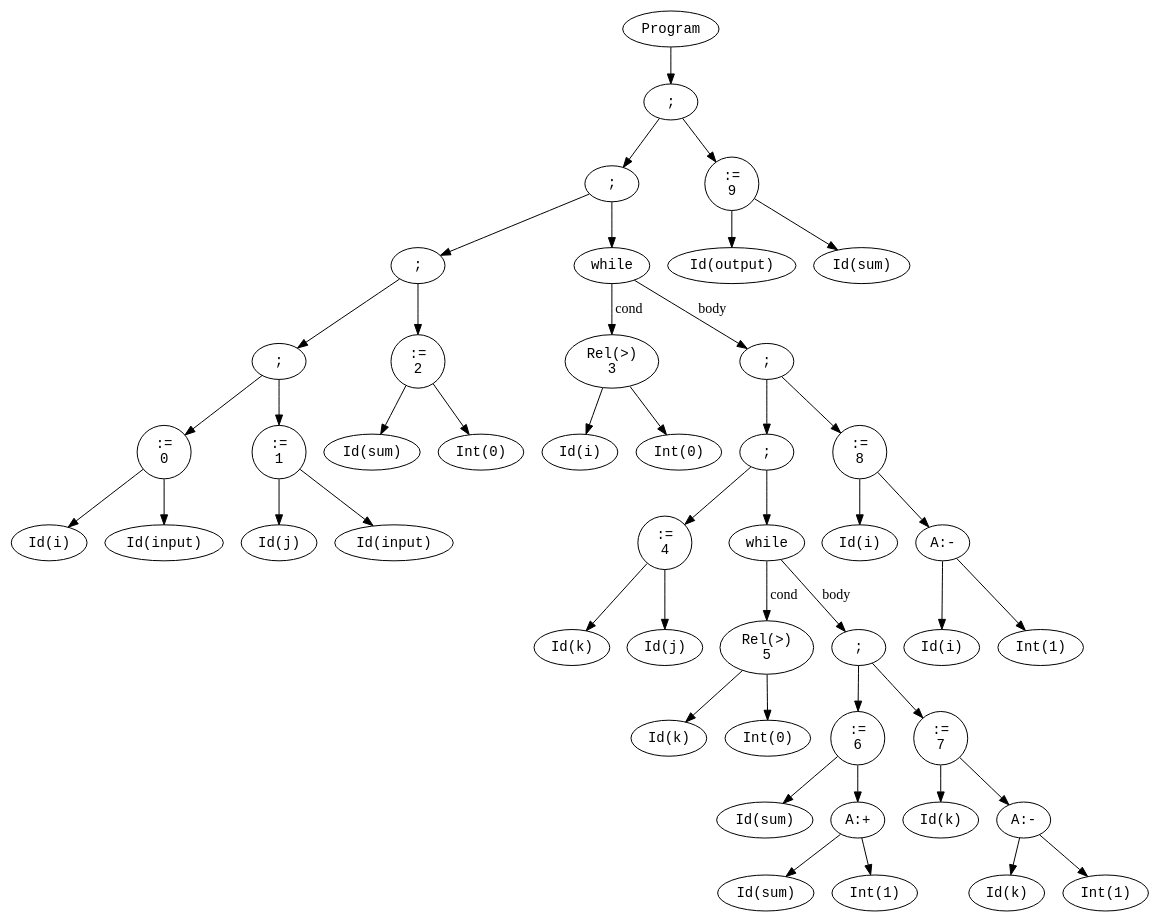
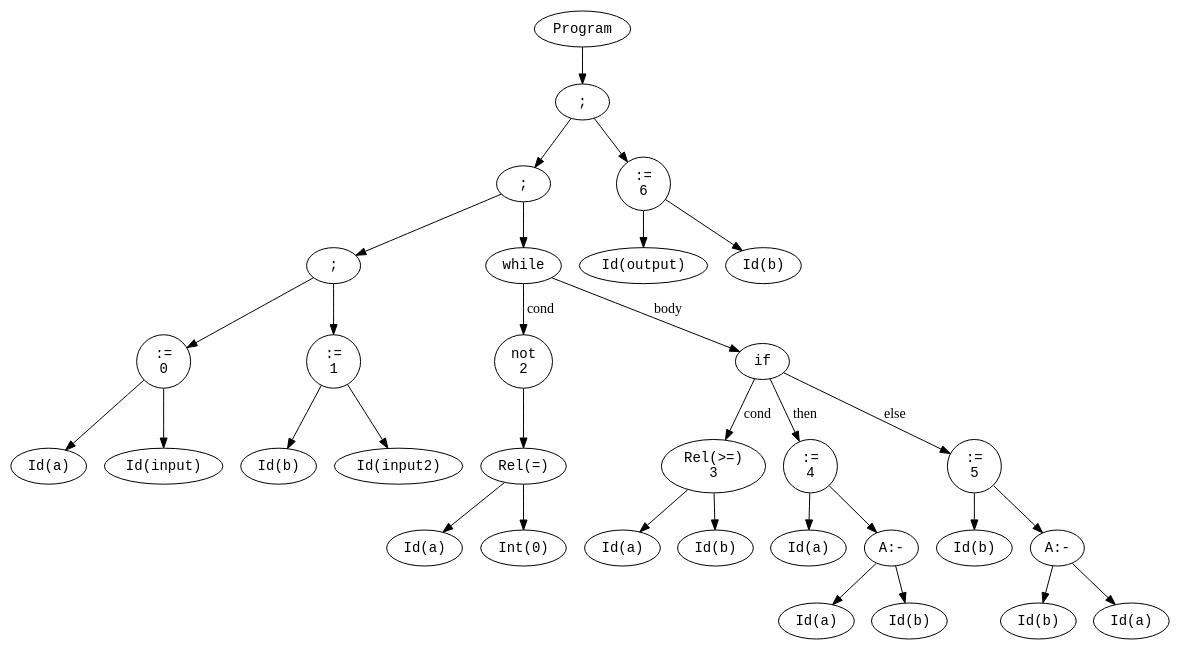
One commit to CatchSyntaxTerror/Terminators changed the diagram in project2/src/dotfiles/ast.dot. Above: the diagram before and after it, drawn with Graphviz. The commit also changed 10 other files, not shown here.

```diff
--- a/project2/src/dotfiles/ast.dot
+++ b/project2/src/dotfiles/ast.dot
@@ -1,94 +1,66 @@
 digraph AST {
   node [shape=ellipse, fontname="Courier"];
   n1 [label="Program"];
   n2 [label=";"];
   n3 [label=";"];
   n4 [label=";"];
-  n5 [label=";"];
-  n6 [label=":=\n0"];
-  n7 [label="Id(i)"];
-  n8 [label="Id(input)"];
-  n6 -> n7;
-  n6 -> n8;
-  n9 [label=":=\n1"];
-  n10 [label="Id(j)"];
-  n11 [label="Id(input)"];
-  n9 -> n10;
-  n9 -> n11;
+  n5 [label=":=\n0"];
+  n6 [label="Id(a)"];
+  n7 [label="Id(input)"];
   n5 -> n6;
-  n5 -> n9;
-  n12 [label=":=\n2"];
-  n13 [label="Id(sum)"];
-  n14 [label="Int(0)"];
+  n5 -> n7;
+  n8 [label=":=\n1"];
+  n9 [label="Id(b)"];
+  n10 [label="Id(input2)"];
+  n8 -> n9;
+  n8 -> n10;
+  n4 -> n5;
+  n4 -> n8;
+  n11 [label="while"];
+  n12 [label="not\n2"];
+  n13 [label="Rel(=)"];
+  n14 [label="Id(a)"];
+  n15 [label="Int(0)"];
+  n13 -> n14;
+  n13 -> n15;
   n12 -> n13;
-  n12 -> n14;
-  n4 -> n5;
-  n4 -> n12;
-  n15 [label="while"];
-  n16 [label="Rel(>)\n3"];
-  n17 [label="Id(i)"];
-  n18 [label="Int(0)"];
-  n16 -> n17;
-  n16 -> n18;
-  n19 [label=";"];
-  n20 [label=";"];
-  n21 [label=":=\n4"];
-  n22 [label="Id(k)"];
-  n23 [label="Id(j)"];
-  n21 -> n22;
-  n21 -> n23;
-  n24 [label="while"];
-  n25 [label="Rel(>)\n5"];
-  n26 [label="Id(k)"];
-  n27 [label="Int(0)"];
+  n16 [label="if"];
+  n17 [label="Rel(>=)\n3"];
+  n18 [label="Id(a)"];
+  n19 [label="Id(b)"];
+  n17 -> n18;
+  n17 -> n19;
+  n20 [label=":=\n4"];
+  n21 [label="Id(a)"];
+  n22 [label="A:-"];
+  n23 [label="Id(a)"];
+  n24 [label="Id(b)"];
+  n22 -> n23;
+  n22 -> n24;
+  n20 -> n21;
+  n20 -> n22;
+  n25 [label=":=\n5"];
+  n26 [label="Id(b)"];
+  n27 [label="A:-"];
+  n28 [label="Id(b)"];
+  n29 [label="Id(a)"];
+  n27 -> n28;
+  n27 -> n29;
   n25 -> n26;
   n25 -> n27;
-  n28 [label=";"];
-  n29 [label=":=\n6"];
-  n30 [label="Id(sum)"];
-  n31 [label="A:+"];
-  n32 [label="Id(sum)"];
-  n33 [label="Int(1)"];
-  n31 -> n32;
-  n31 -> n33;
-  n29 -> n30;
-  n29 -> n31;
-  n34 [label=":=\n7"];
-  n35 [label="Id(k)"];
-  n36 [label="A:-"];
-  n37 [label="Id(k)"];
-  n38 [label="Int(1)"];
-  n36 -> n37;
-  n36 -> n38;
-  n34 -> n35;
-  n34 -> n36;
-  n28 -> n29;
-  n28 -> n34;
-  n24 -> n25 [label="cond"];
-  n24 -> n28 [label="body"];
-  n20 -> n21;
-  n20 -> n24;
-  n39 [label=":=\n8"];
-  n40 [label="Id(i)"];
-  n41 [label="A:-"];
-  n42 [label="Id(i)"];
-  n43 [label="Int(1)"];
-  n41 -> n42;
-  n41 -> n43;
-  n39 -> n40;
-  n39 -> n41;
-  n19 -> n20;
-  n19 -> n39;
-  n15 -> n16 [label="cond"];
-  n15 -> n19 [label="body"];
+  n16 -> n17 [label="cond"];
+  n16 -> n20 [label="then"];
+  n16 -> n25 [label="else"];
+  n11 -> n12 [label="cond"];
+  n11 -> n16 [label="body"];
   n3 -> n4;
-  n3 -> n15;
-  n44 [label=":=\n9"];
-  n45 [label="Id(output)"];
-  n46 [label="Id(sum)"];
-  n44 -> n45;
-  n44 -> n46;
+  n3 -> n11;
+  n30 [label=":=\n6"];
+  n31 [label="Id(output)"];
+  n32 [label="Id(b)"];
+  n30 -> n31;
+  n30 -> n32;
   n2 -> n3;
-  n2 -> n44;
+  n2 -> n30;
   n1 -> n2;
 }
```
